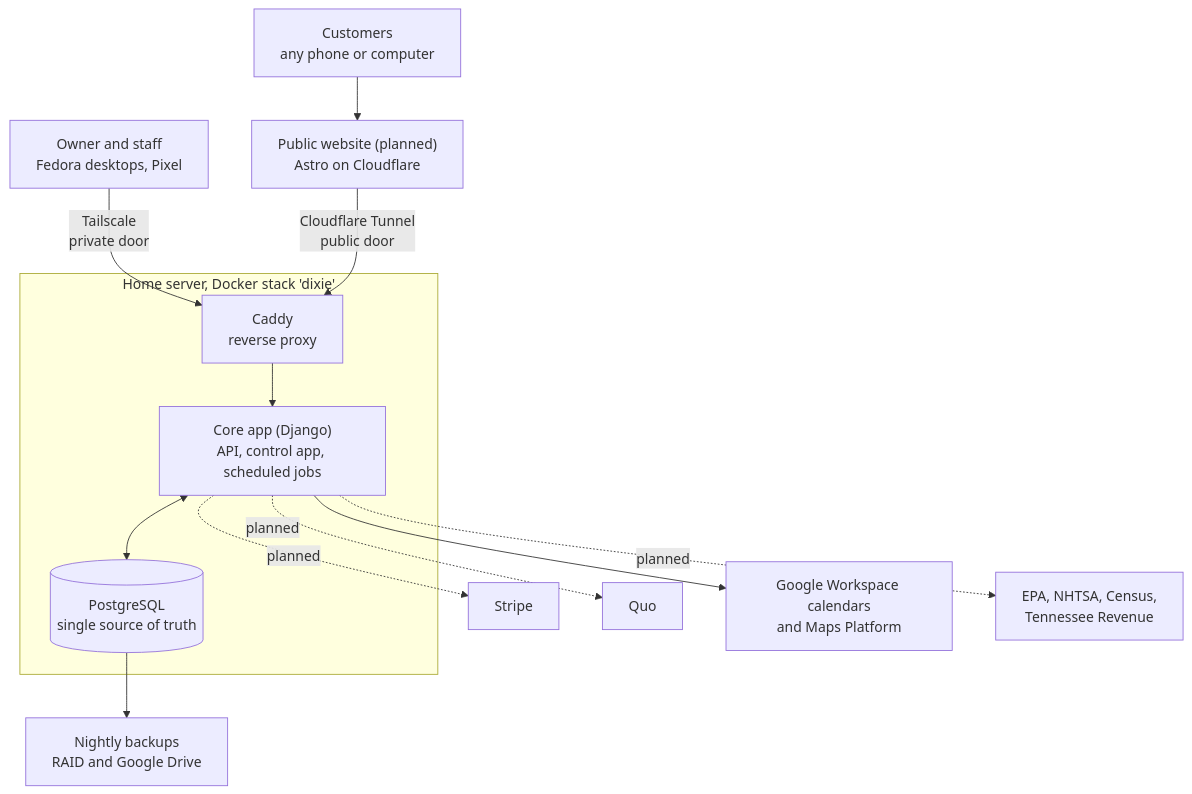
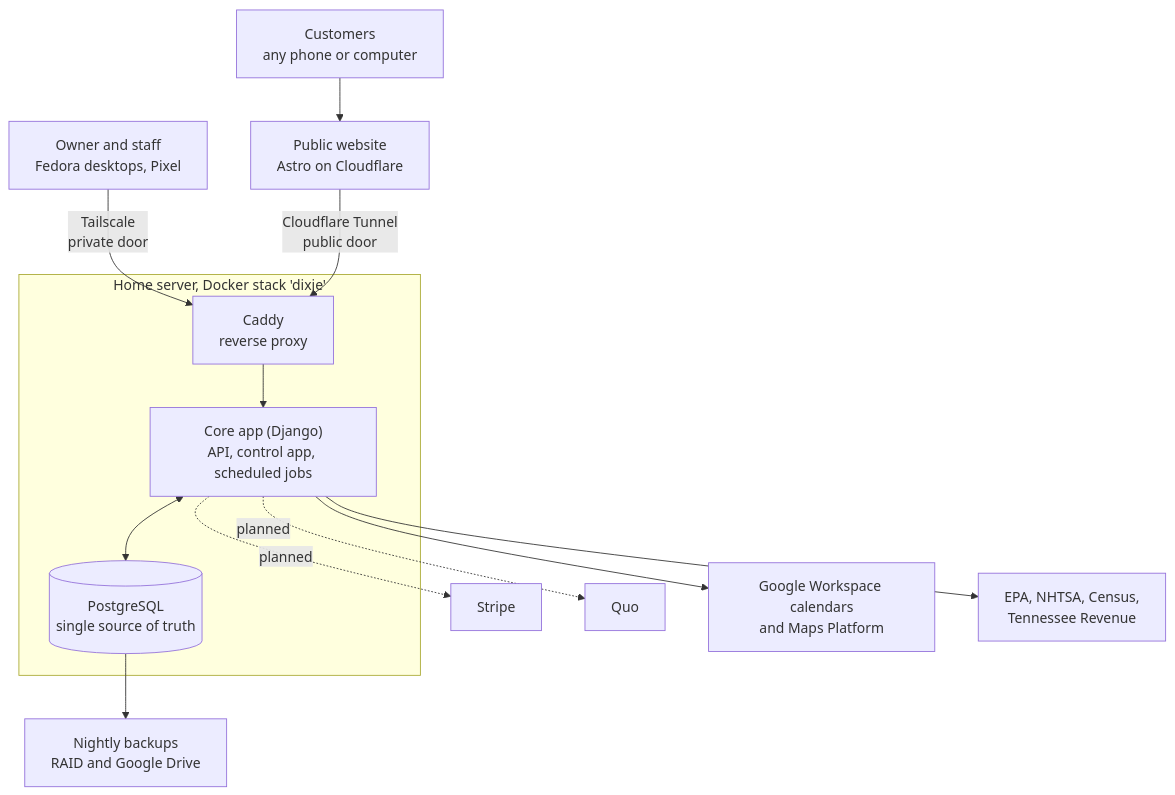
Before and after one commit to UninterestingUser/Dixie-Detail-portfolio: the diagram in docs/architecture/system-overview.md, drawn with Mermaid. The commit also changed other lines of this file and 13 other files, not shown here.

````diff
--- a/docs/architecture/system-overview.md
+++ b/docs/architecture/system-overview.md
@@ -18,20 +18,20 @@
 ```mermaid
 flowchart TB
-    customers["Customers<br/>any phone or computer"] --> website["Public website (planned)<br/>Astro on Cloudflare"]
+    customers["Customers<br/>any phone or computer"] --> website["Public website<br/>Astro on Cloudflare"]
     staff["Owner and staff<br/>Fedora desktops, Pixel"] -- "Tailscale<br/>private door" --> caddy
     website -- "Cloudflare Tunnel<br/>public door" --> caddy
 
     subgraph server["Home server, Docker stack 'dixie'"]
         caddy["Caddy<br/>reverse proxy"]
         core["Core app (Django)<br/>API, control app, scheduled jobs"]
         db[("PostgreSQL<br/>single source of truth")]
         caddy --> core
         core <--> db
     end
 
     core -. planned .-> stripe["Stripe"]
     core -. planned .-> quo["Quo"]
     core --> google["Google Workspace calendars<br/>and Maps Platform"]
-    core -. planned .-> govdata["EPA, NHTSA, Census,<br/>Tennessee Revenue"]
+    core --> govdata["EPA, NHTSA, Census,<br/>Tennessee Revenue"]
     db --> backups["Nightly backups<br/>RAID and Google Drive"]
 ```
````
